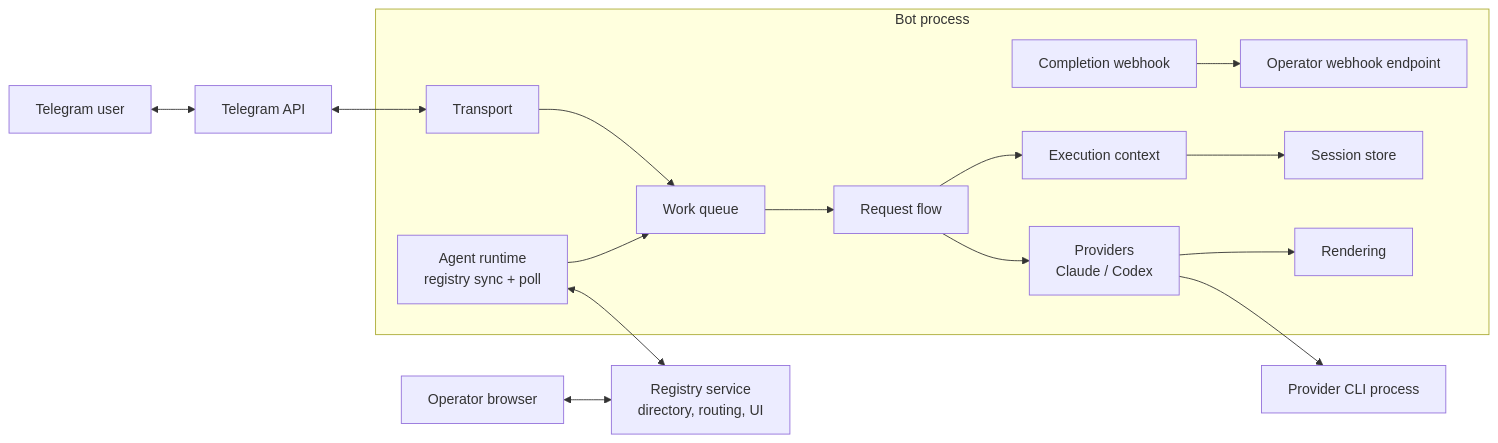
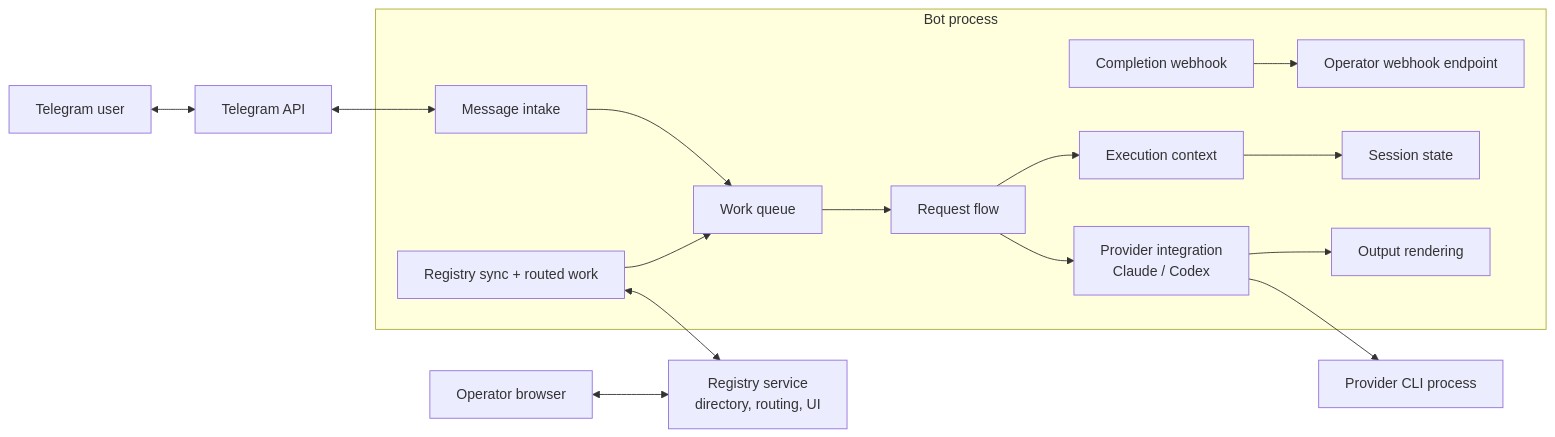
The first of 8 diagrams in docs/ARCHITECTURE.md (privacynow/octopus), drawn with Mermaid before and after one commit. The commit also changed other lines of this file, not shown here.

Commit message:
Simplify architecture language and diagrams

````diff
--- a/docs/ARCHITECTURE.md
+++ b/docs/ARCHITECTURE.md
@@ -58,31 +69,31 @@
 ```mermaid
 flowchart LR
     U["Telegram user"] <--> TG["Telegram API"]
     OB["Operator browser"] <--> REG["Registry service<br/>directory, routing, UI"]
     WHK["Operator webhook endpoint"]
 
     subgraph BOT["Bot process"]
-        TR["Transport"]
-        WQ["Work queue"]
-        SS["Session store"]
-        EC["Execution context"]
-        RF["Request flow"]
-        PR["Providers<br/>Claude / Codex"]
-        RD["Rendering"]
-        AG["Agent runtime<br/>registry sync + poll"]
-        WH["Completion webhook"]
+        MSG["Message intake"]
+        QUEUE["Work queue"]
+        STATE["Session state"]
+        FLOW["Request flow"]
+        EXEC["Execution context"]
+        PROV["Provider integration<br/>Claude / Codex"]
+        OUT["Output rendering"]
+        REGSYNC["Registry sync + routed work"]
+        WEBHOOK["Completion webhook"]
 
-        TR --> WQ
-        WQ --> RF
-        RF --> EC
-        EC --> SS
-        RF --> PR
-        PR --> RD
-        AG --> WQ
-        WH --> WHK
+        MSG --> QUEUE
+        QUEUE --> FLOW
+        FLOW --> EXEC
+        EXEC --> STATE
+        FLOW --> PROV
+        PROV --> OUT
+        REGSYNC --> QUEUE
+        WEBHOOK --> WHK
     end
 
-    TG <--> TR
-    AG <--> REG
-    PR --> CLI["Provider CLI process"]
+    TG <--> MSG
+    REGSYNC <--> REG
+    PROV --> CLI["Provider CLI process"]
 ```
````
